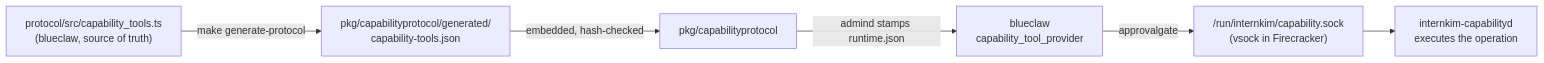
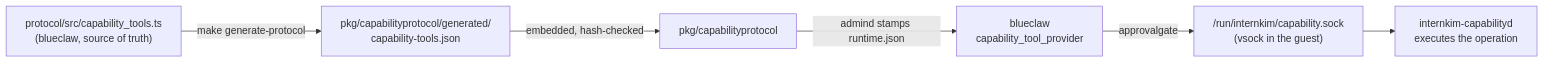
Before and after one commit to yeomyeonggeori/internkim: the diagram in docs/tools/index.mdx, drawn with Mermaid. The commit also changed 15 other files, not shown here.

````diff
--- a/docs/tools/index.mdx
+++ b/docs/tools/index.mdx
@@ -93,8 +93,8 @@
 ```mermaid
 flowchart LR
   TS["protocol/src/capability_tools.ts<br/>(blueclaw, source of truth)"] -->|make generate-protocol| JSON["pkg/capabilityprotocol/generated/<br/>capability-tools.json"]
   JSON -->|embedded, hash-checked| Go["pkg/capabilityprotocol"]
   Go -->|admind stamps runtime.json| Blueclaw["blueclaw<br/>capability_tool_provider"]
-  Blueclaw -->|approvalgate| Socket["/run/internkim/capability.sock<br/>(vsock in Firecracker)"]
+  Blueclaw -->|approvalgate| Socket["/run/internkim/capability.sock<br/>(vsock in the guest)"]
   Socket --> Capabilityd["internkim-capabilityd<br/>executes the operation"]
 ```
````
